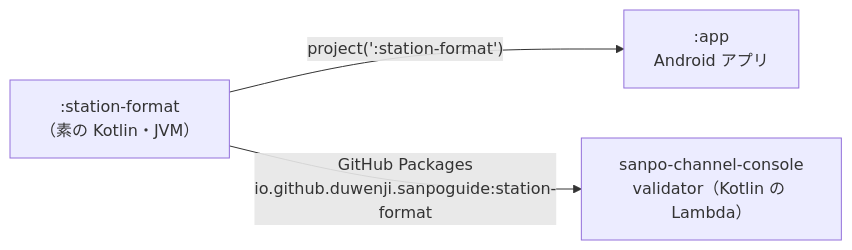
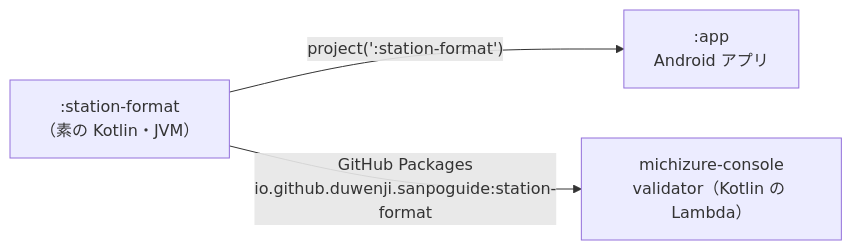
One commit to duwenji/yorisoi-tutorial changed the diagram in 05-station-format/01-jvm-library.md. Above: the diagram before and after it, drawn with Mermaid. The commit also changed other lines of this file and 87 other files, not shown here.

Commit message:
docs: SanpoGuide の再構成（RFC-002）で移ったファイルへのリンクと、michizure-console への改名を反映する

````diff
--- a/05-station-format/01-jvm-library.md
+++ b/05-station-format/01-jvm-library.md
@@ -31,6 +31,6 @@
 ```mermaid
 flowchart LR
     SF[":station-format<br/>（素の Kotlin・JVM）"]
     SF -->|"project(':station-format')"| APP[":app<br/>Android アプリ"]
-    SF -->|"GitHub Packages<br/>io.github.duwenji.sanpoguide:station-format"| VAL["sanpo-channel-console<br/>validator（Kotlin の Lambda）"]
+    SF -->|"GitHub Packages<br/>io.github.duwenji.sanpoguide:station-format"| VAL["michizure-console<br/>validator（Kotlin の Lambda）"]
 ```
````
